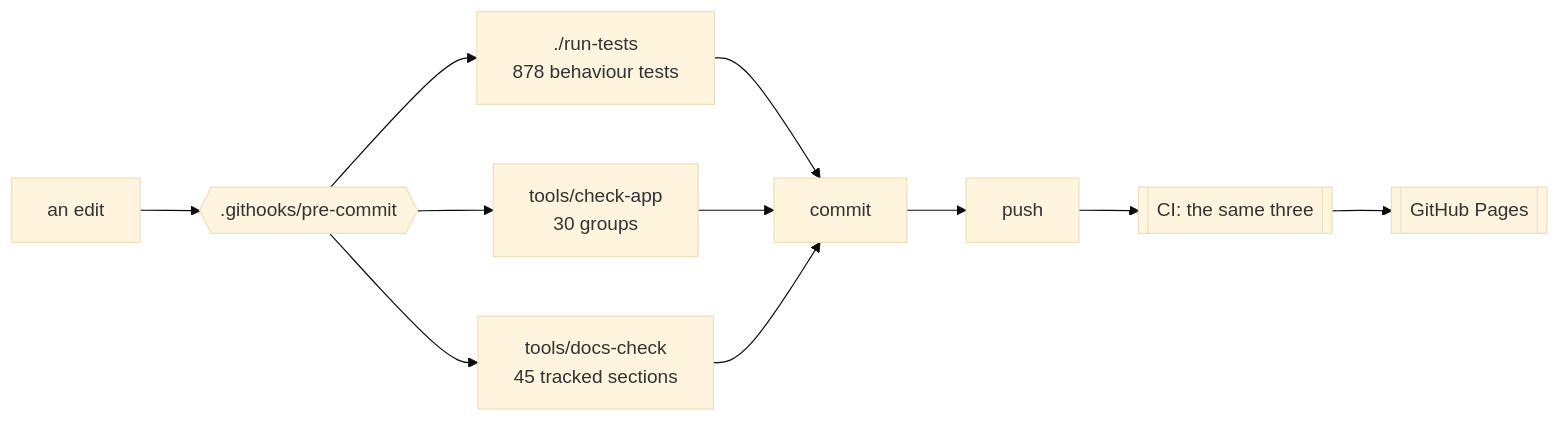
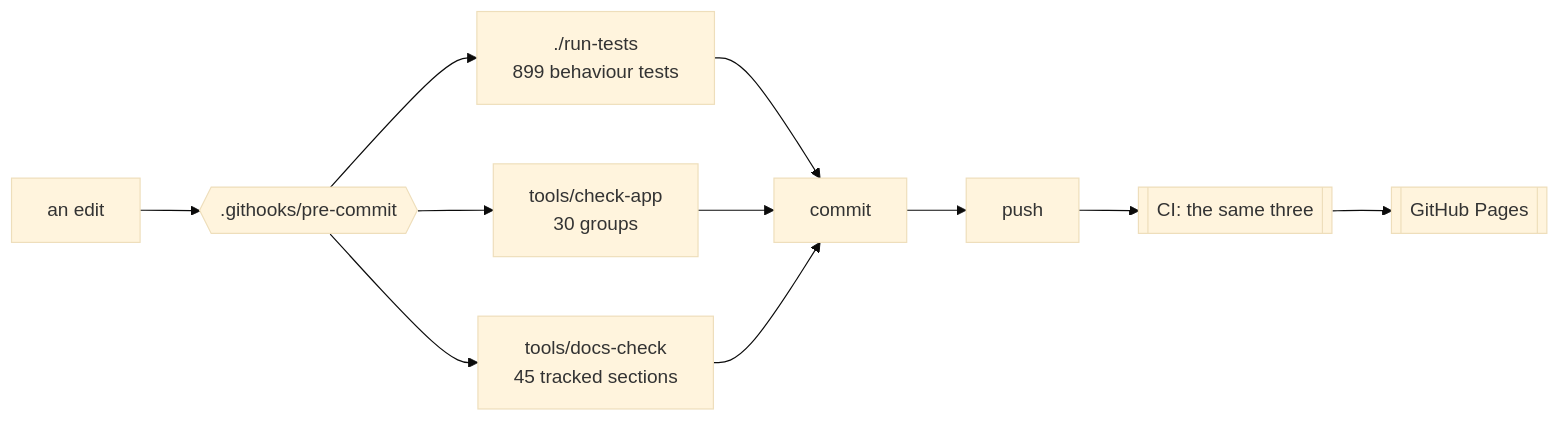
Before and after one commit to minormending/crystal-pilot-mobile: the first of 3 diagrams in docs/DEVELOPING.md, drawn with Mermaid (base theme). The commit also changed other lines of this file and 1 other file, not shown here.

````diff
--- a/docs/DEVELOPING.md
+++ b/docs/DEVELOPING.md
@@ -15,12 +15,12 @@
 ```mermaid
 flowchart LR
     E[an edit] --> H{{".githooks/pre-commit"}}
-    H --> T["./run-tests<br/>878 behaviour tests"]
+    H --> T["./run-tests<br/>899 behaviour tests"]
     H --> C["tools/check-app<br/>30 groups"]
     H --> D["tools/docs-check<br/>45 tracked sections"]
     T --> OK[commit]
     C --> OK
     D --> OK
     OK --> P[push] --> CI[["CI: the same three"]]
     CI --> PG[[GitHub Pages]]
 ```
````
